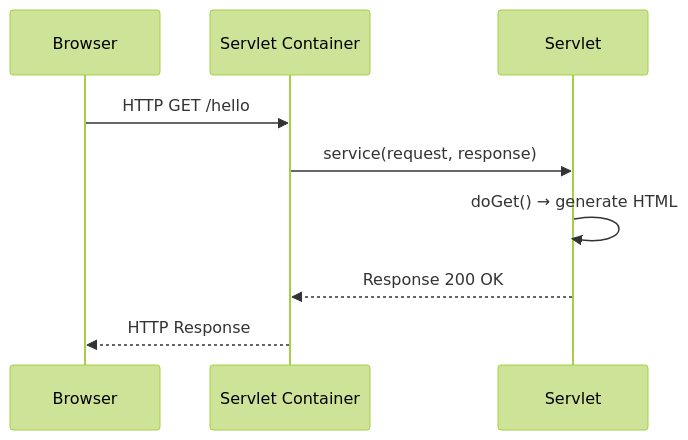
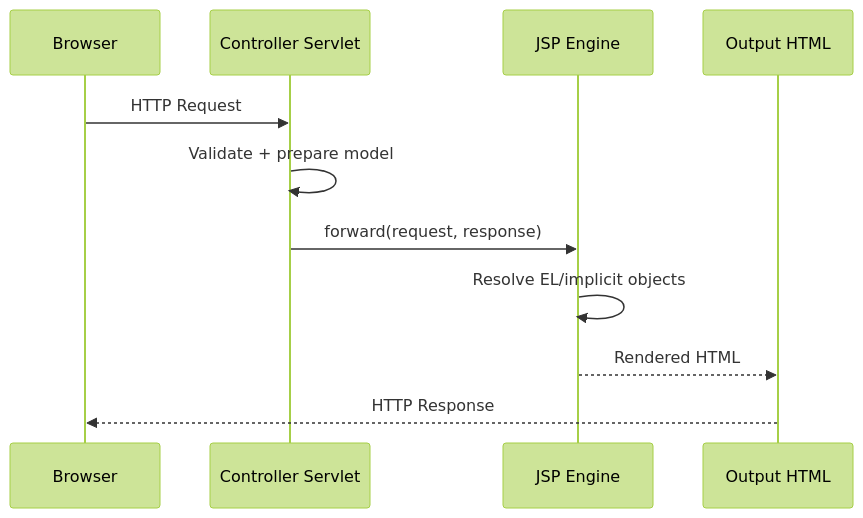
One commit to prashantnag/webtech2025.classes.prashantnag.com changed the second of 2 diagrams in lectures/lecture-23.qmd. Above: the diagram before and after it, drawn with Mermaid (forest theme). The commit also changed other lines of this file and 335 other files, not shown here.

````diff
--- a/lectures/lecture-23.qmd
+++ b/lectures/lecture-23.qmd
@@ -199,13 +176,13 @@
 ```{mermaid}
-%%| fig-height: 3.5
 sequenceDiagram
-    participant C as Browser
-    participant SC as Servlet Container
-    participant S as Servlet
-    
-    C->>SC: HTTP GET /hello
-    SC->>S: service(request, response)
-    S->>S: doGet() → generate HTML
-    S-->>SC: Response 200 OK
-    SC-->>C: HTTP Response
+	participant B as Browser
+	participant C as Controller Servlet
+	participant V as JSP Engine
+	participant O as Output HTML
+	B->>C: HTTP Request
+	C->>C: Validate + prepare model
+	C->>V: forward(request, response)
+	V->>V: Resolve EL/implicit objects
+	V-->>O: Rendered HTML
+	O-->>B: HTTP Response
 ```
````
